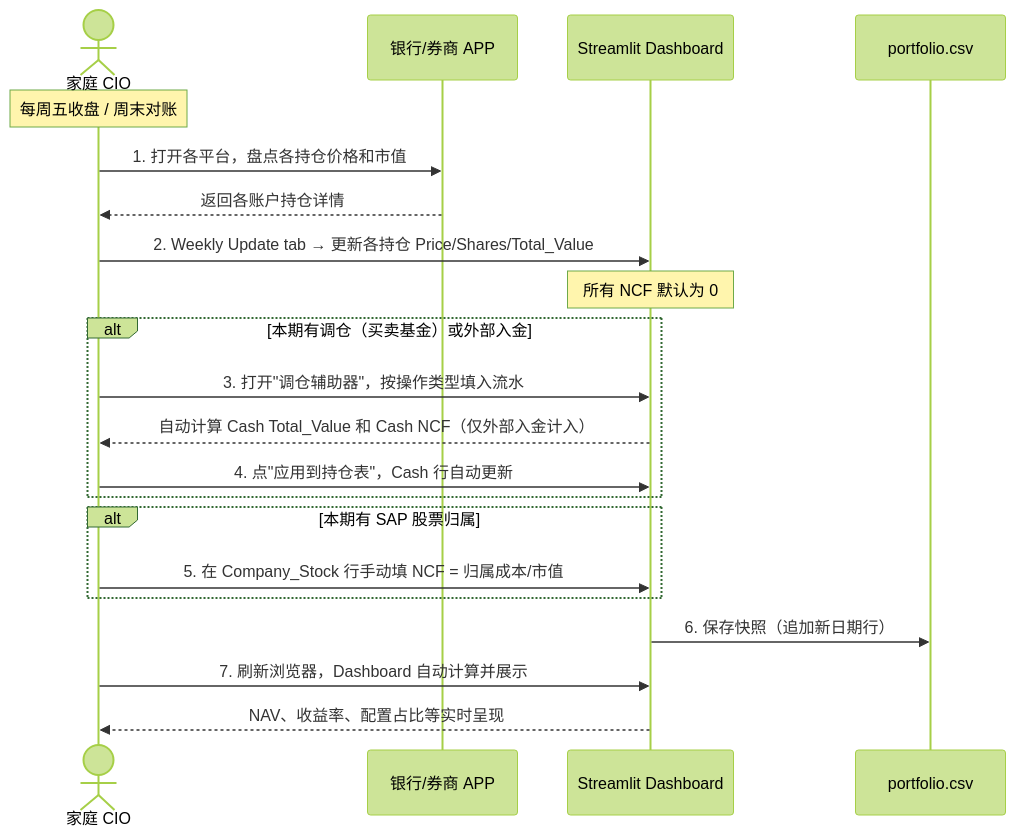
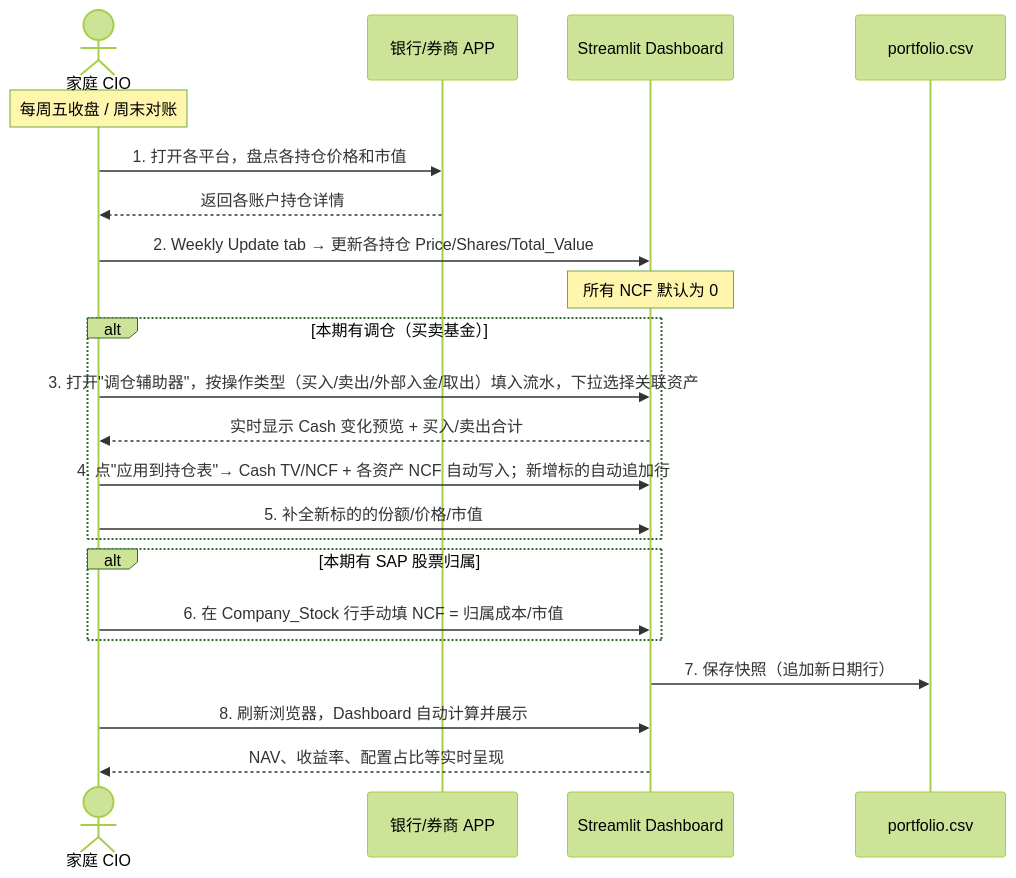
Before and after one commit to Haolun123/FamilyFund: the sixth of 16 diagrams in docs/ARCHITECTURE_shared.md, drawn with Mermaid (forest theme). The commit also changed other lines of this file, not shown here.

Commit message:
Update ARCHITECTURE_shared: v1.3, new NCF semantics, rebalance helper v2, workflow

````diff
--- a/docs/ARCHITECTURE_shared.md
+++ b/docs/ARCHITECTURE_shared.md
@@ -440,29 +441,30 @@
 ```mermaid
 sequenceDiagram
     actor CIO as 家庭 CIO
     participant BANK as 银行/券商 APP
     participant UI as Streamlit Dashboard
     participant CSV as portfolio.csv
 
     Note over CIO: 每周五收盘 / 周末对账
 
     CIO->>BANK: 1. 打开各平台，盘点各持仓价格和市值
     BANK-->>CIO: 返回各账户持仓详情
 
     CIO->>UI: 2. Weekly Update tab → 更新各持仓 Price/Shares/Total_Value
     Note over UI: 所有 NCF 默认为 0
 
-    alt 本期有调仓（买卖基金）或外部入金
-        CIO->>UI: 3. 打开"调仓辅助器"，按操作类型填入流水
-        UI-->>CIO: 自动计算 Cash Total_Value 和 Cash NCF（仅外部入金计入）
-        CIO->>UI: 4. 点"应用到持仓表"，Cash 行自动更新
+    alt 本期有调仓（买卖基金）
+        CIO->>UI: 3. 打开"调仓辅助器"，按操作类型（买入/卖出/外部入金/取出）填入流水，下拉选择关联资产
+        UI-->>CIO: 实时显示 Cash 变化预览 + 买入/卖出合计
+        CIO->>UI: 4. 点"应用到持仓表"→ Cash TV/NCF + 各资产 NCF 自动写入；新增标的自动追加行
+        CIO->>UI: 5. 补全新标的的份额/价格/市值
     end
 
     alt 本期有 SAP 股票归属
-        CIO->>UI: 5. 在 Company_Stock 行手动填 NCF = 归属成本/市值
+        CIO->>UI: 6. 在 Company_Stock 行手动填 NCF = 归属成本/市值
     end
 
-    UI->>CSV: 6. 保存快照（追加新日期行）
-    CIO->>UI: 7. 刷新浏览器，Dashboard 自动计算并展示
+    UI->>CSV: 7. 保存快照（追加新日期行）
+    CIO->>UI: 8. 刷新浏览器，Dashboard 自动计算并展示
     UI-->>CIO: NAV、收益率、配置占比等实时呈现
 ```
````
